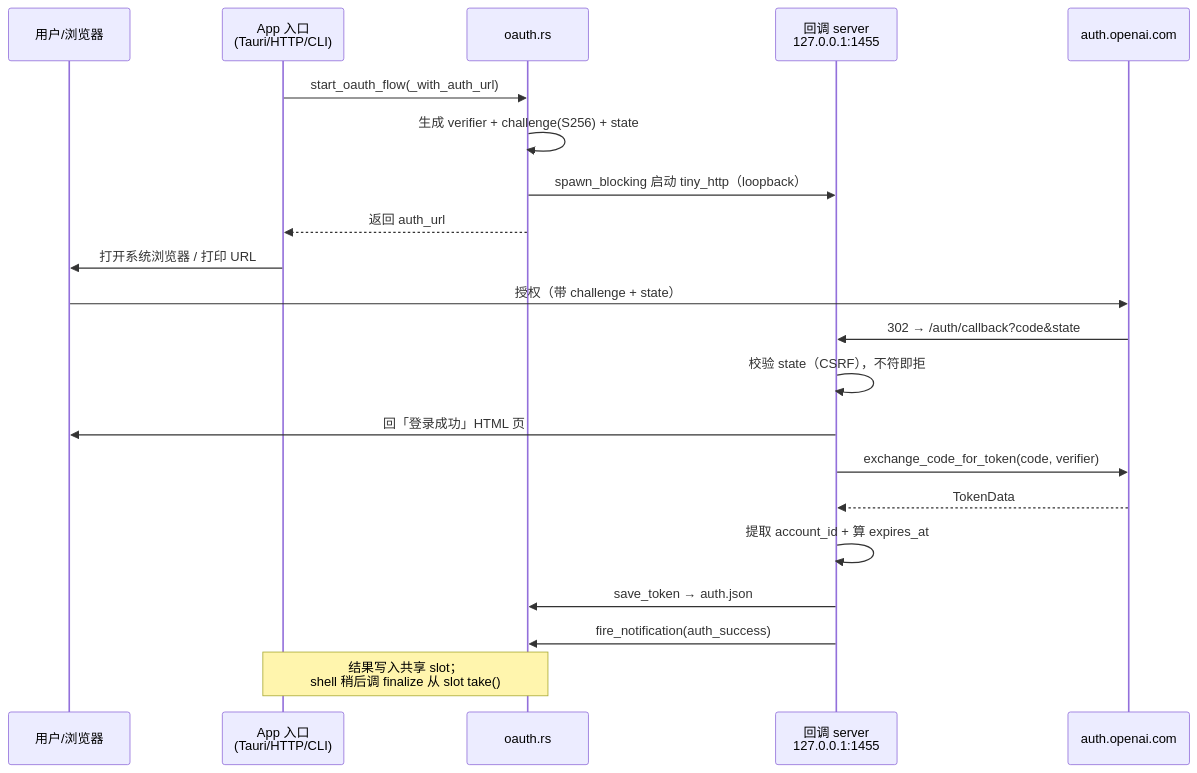
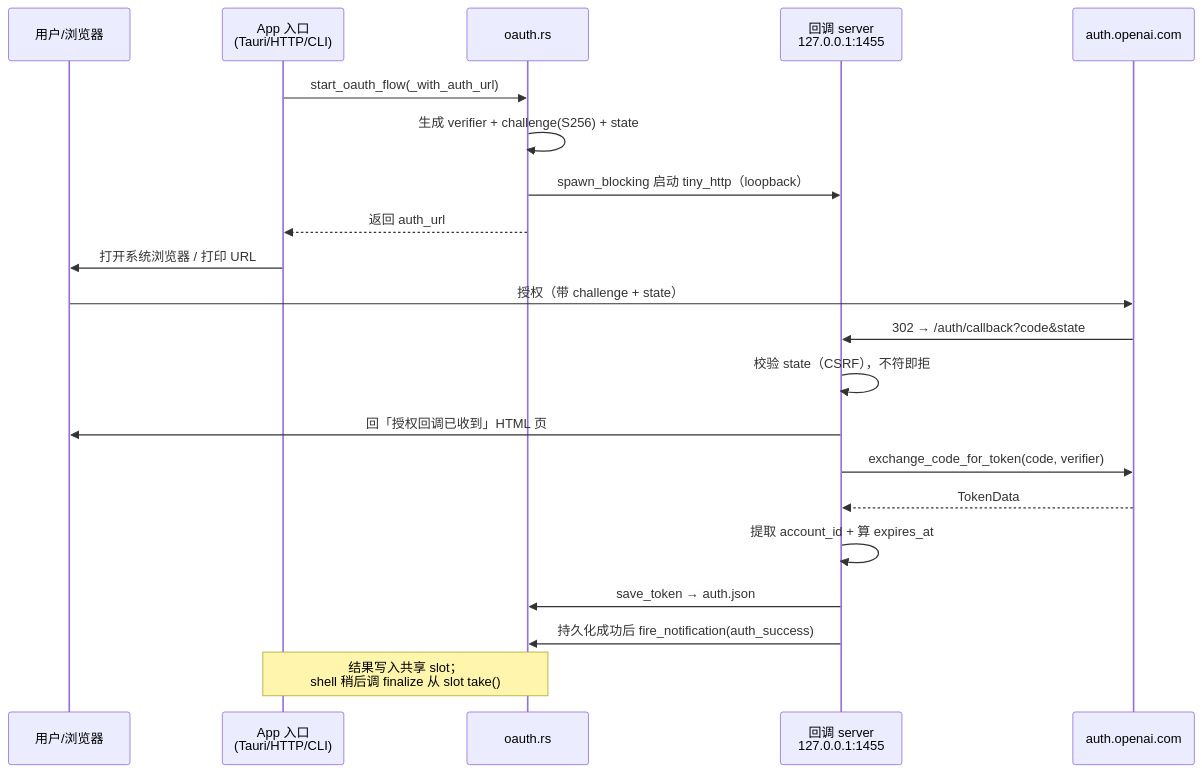
The second of 3 diagrams in docs/architecture/core/llm-oauth.md (shiwenwen/hope-agent), drawn with Mermaid before and after one commit. The commit also changed other lines of this file and 41 other files, not shown here.

````diff
--- a/docs/architecture/core/llm-oauth.md
+++ b/docs/architecture/core/llm-oauth.md
@@ -109,24 +109,24 @@
 ```mermaid
 sequenceDiagram
     participant U as 用户/浏览器
     participant S as App 入口<br/>(Tauri/HTTP/CLI)
     participant O as oauth.rs
     participant CB as 回调 server<br/>127.0.0.1:1455
     participant P as auth.openai.com
 
     S->>O: start_oauth_flow(_with_auth_url)
     O->>O: 生成 verifier + challenge(S256) + state
     O->>CB: spawn_blocking 启动 tiny_http（loopback）
     O-->>S: 返回 auth_url
     S->>U: 打开系统浏览器 / 打印 URL
     U->>P: 授权（带 challenge + state）
     P->>CB: 302 → /auth/callback?code&state
     CB->>CB: 校验 state（CSRF），不符即拒
-    CB->>U: 回「登录成功」HTML 页
+    CB->>U: 回「授权回调已收到」HTML 页
     CB->>P: exchange_code_for_token(code, verifier)
     P-->>CB: TokenData
     CB->>CB: 提取 account_id + 算 expires_at
     CB->>O: save_token → auth.json
-    CB->>O: fire_notification(auth_success)
+    CB->>O: 持久化成功后 fire_notification(auth_success)
     Note over S,O: 结果写入共享 slot；<br/>shell 稍后调 finalize 从 slot take()
 ```
````
